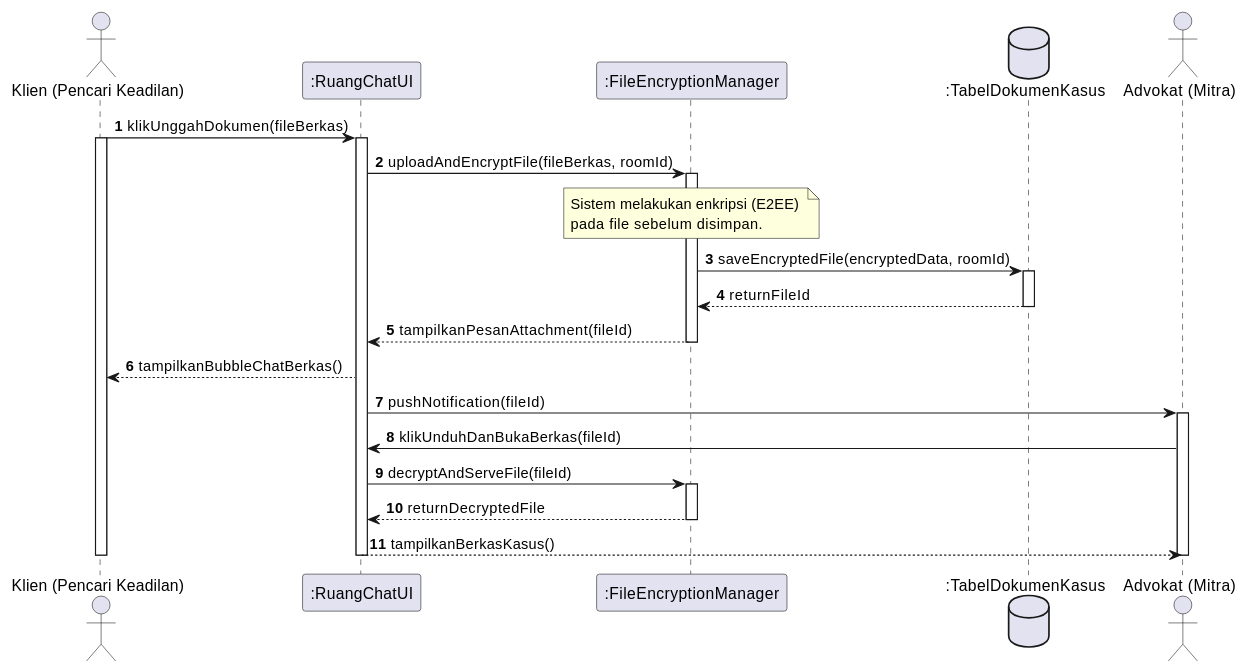
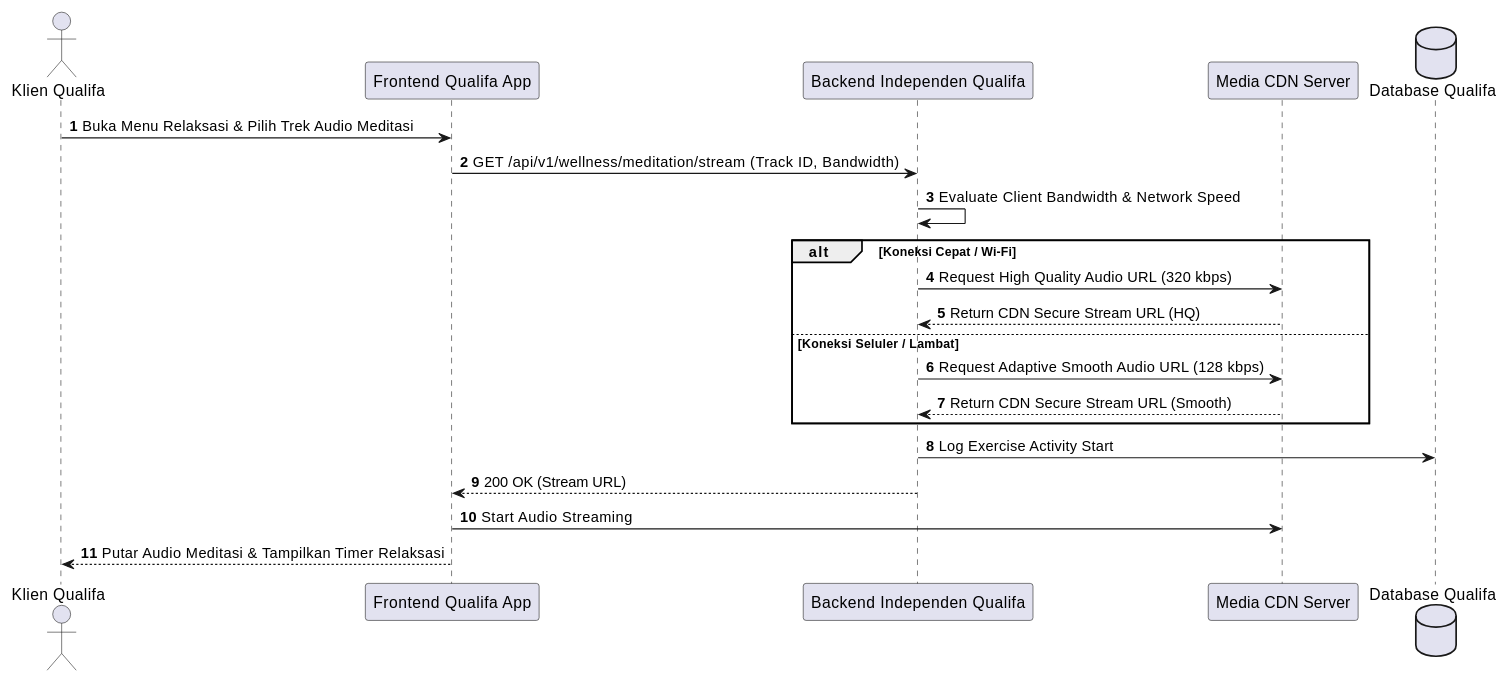
Before and after one commit to tupperwureism/SuperApp-Gagal: diagram 16 of 20 in MarkDown/plantuml_sequence_diagrams.md, drawn with PlantUML. The commit also changed other lines of this file and 60 other files, not shown here.

````diff
--- a/MarkDown/plantuml_sequence_diagrams.md
+++ b/MarkDown/plantuml_sequence_diagrams.md
@@ -1775,43 +574,27 @@
 ```plantuml
 @startuml
 autonumber
+actor "Klien Qualifa" as Klien
+participant "Frontend Qualifa App" as FE
+participant "Backend Independen Qualifa" as BE
+participant "Media CDN Server" as CDN
+database "Database Qualifa" as DB
 
-actor "Klien (Pencari Keadilan)" as Klien
-participant ":RuangChatUI" as UI
-participant ":FileEncryptionManager" as Manager
-database ":TabelDokumenKasus" as DB
-actor "Advokat (Mitra)" as Mitra
+Klien -> FE : Buka Menu Relaksasi & Pilih Trek Audio Meditasi
+FE -> BE : GET /api/v1/wellness/meditation/stream (Track ID, Bandwidth)
+BE -> BE : Evaluate Client Bandwidth & Network Speed
 
-Klien -> UI : klikUnggahDokumen(fileBerkas)
-activate Klien
-activate UI
+alt Koneksi Cepat / Wi-Fi
+    BE -> CDN : Request High Quality Audio URL (320 kbps)
+    CDN --> BE : Return CDN Secure Stream URL (HQ)
+else Koneksi Seluler / Lambat
+    BE -> CDN : Request Adaptive Smooth Audio URL (128 kbps)
+    CDN --> BE : Return CDN Secure Stream URL (Smooth)
+end
 
-UI -> Manager : uploadAndEncryptFile(fileBerkas, roomId)
-activate Manager
-
-note over Manager: Sistem melakukan enkripsi (E2EE) \npada file sebelum disimpan.
-
-Manager -> DB : saveEncryptedFile(encryptedData, roomId)
-activate DB
-DB --> Manager : returnFileId
-deactivate DB
-
-Manager --> UI : tampilkanPesanAttachment(fileId)
-deactivate Manager
-
-UI --> Klien : tampilkanBubbleChatBerkas()
-UI -> Mitra : pushNotification(fileId)
-activate Mitra
-
-Mitra -> UI : klikUnduhDanBukaBerkas(fileId)
-UI -> Manager : decryptAndServeFile(fileId)
-activate Manager
-Manager --> UI : returnDecryptedFile
-deactivate Manager
-UI --> Mitra : tampilkanBerkasKasus()
-deactivate Mitra
-
-deactivate UI
-deactivate Klien
+BE -> DB : Log Exercise Activity Start
+BE --> FE : 200 OK (Stream URL)
+FE -> CDN : Start Audio Streaming
+FE --> Klien : Putar Audio Meditasi & Tampilkan Timer Relaksasi
 @enduml
 ```
````
